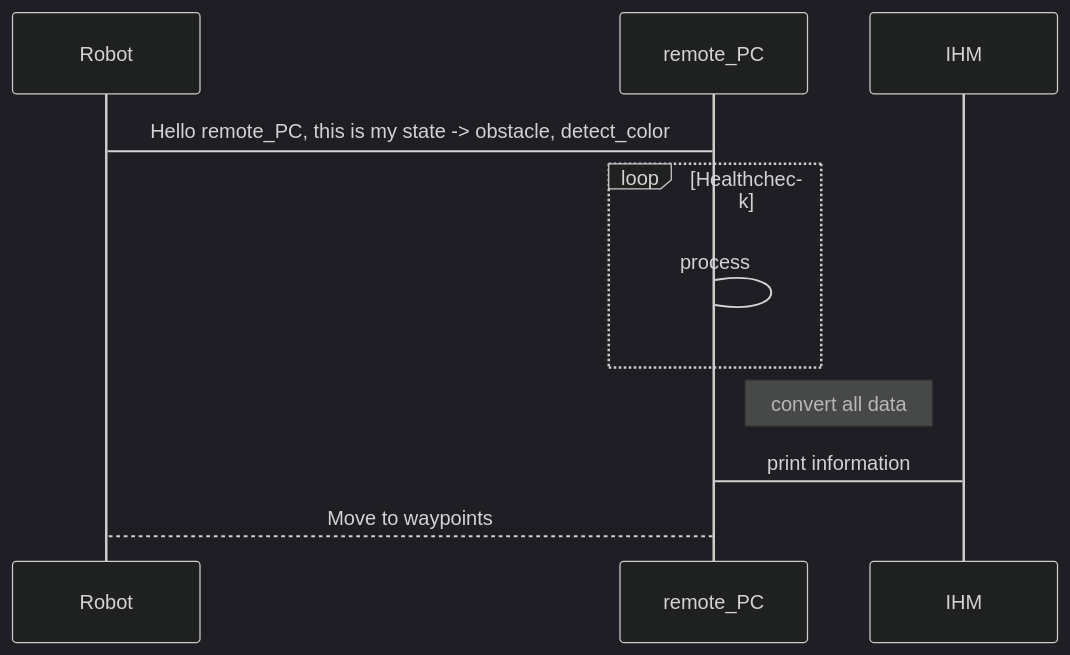
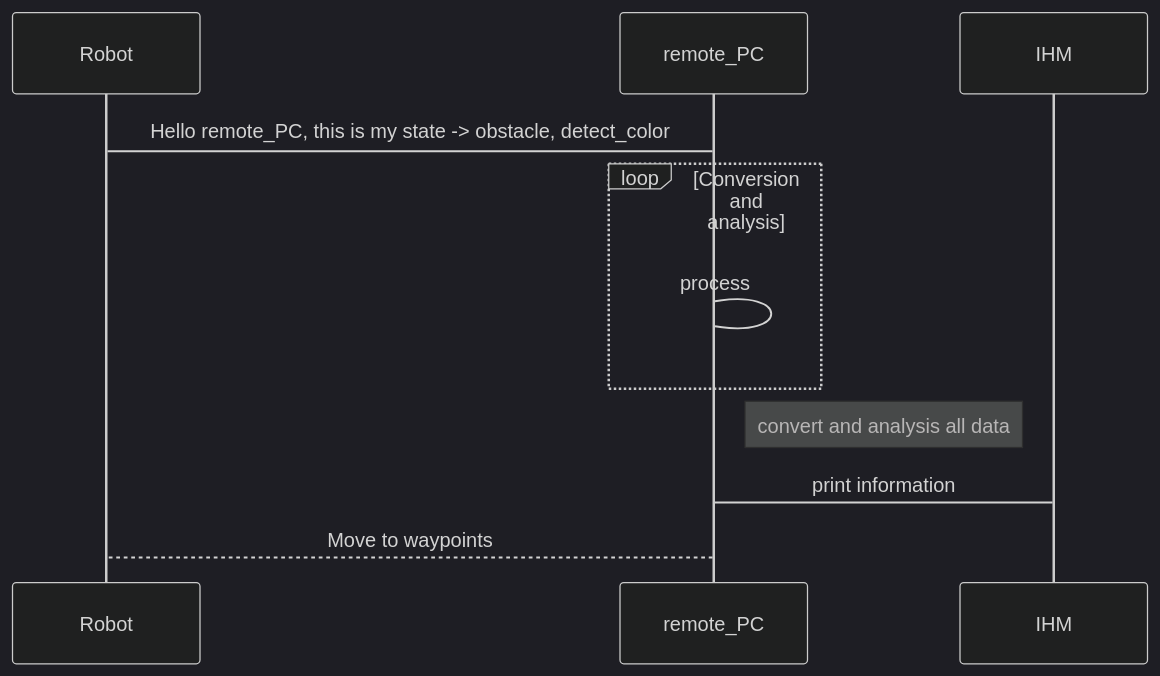
Before and after one commit to estellebriand/Projet_majeure_master_5A: the second of 2 diagrams in README.md, drawn with Mermaid (dark theme).

````diff
--- a/README.md
+++ b/README.md
@@ -79,13 +79,13 @@
 ```mermaid
 sequenceDiagram
     participant Robot
     participant remote_PC
     participant IHM
     Robot-> remote_PC: Hello remote_PC, this is my state -> obstacle, detect_color
-    loop Healthcheck
+    loop Conversion and analysis
         remote_PC->remote_PC: process
     end
-    Note right of remote_PC: convert all data
+    Note right of remote_PC: convert and analysis all data
     remote_PC->IHM: print information
     remote_PC-->Robot: Move to waypoints
 ```
````
